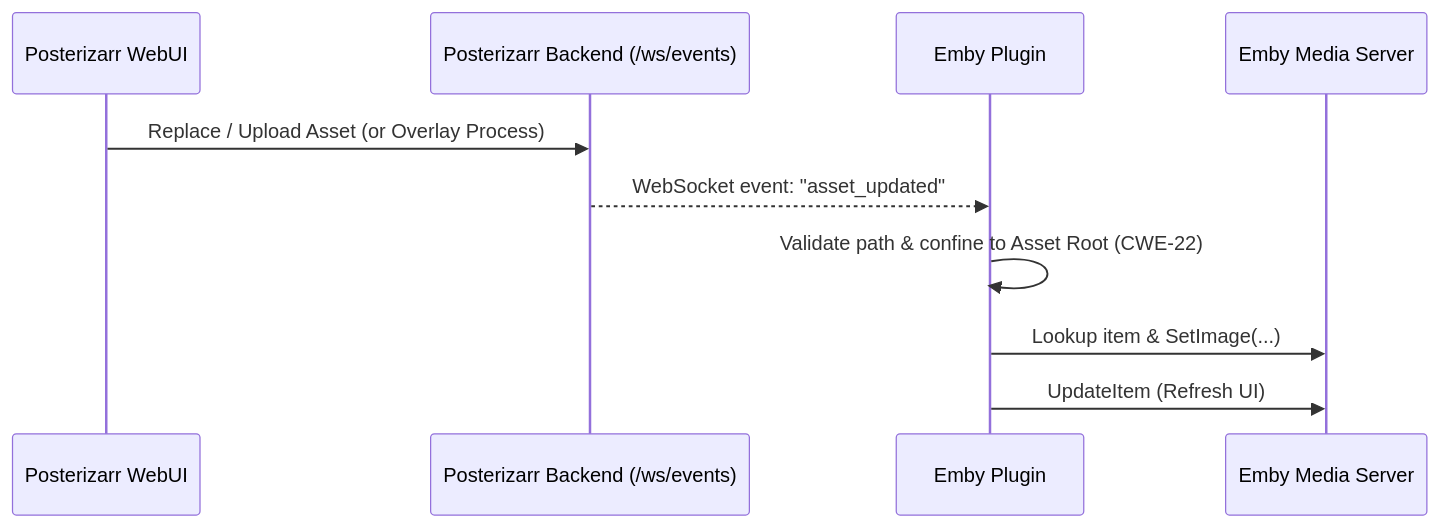
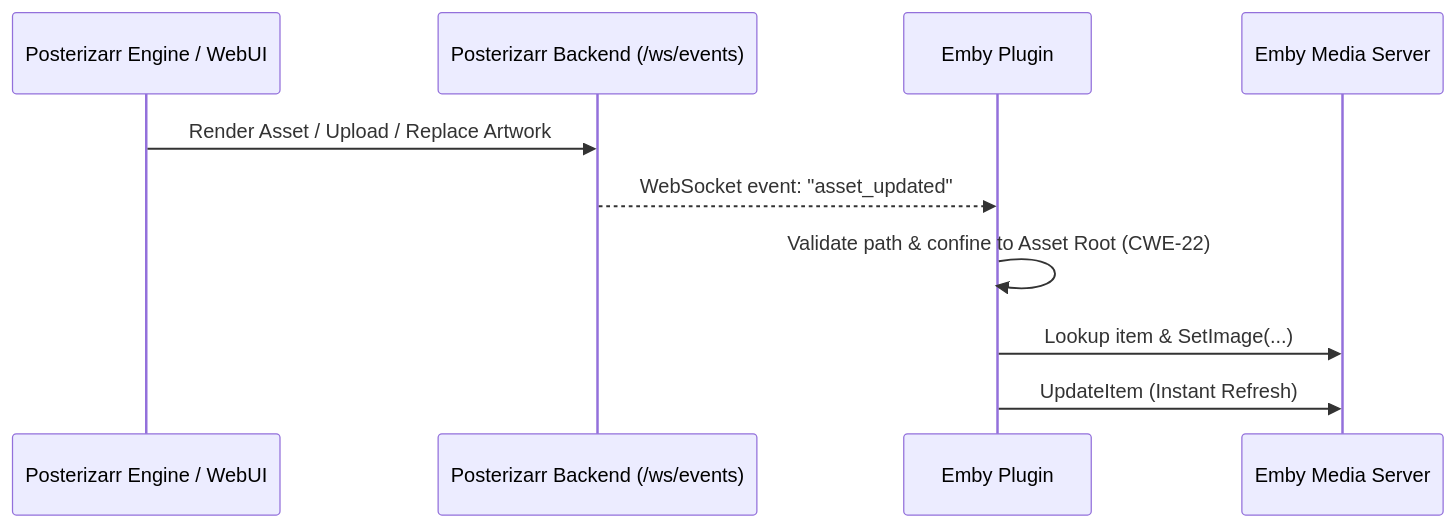
The diagram in docs/emby_plugin.md (JohnFawkes/Posterizarr), drawn with Mermaid before and after one commit. The commit also changed other lines of this file and 5 other files, not shown here.

````diff
--- a/docs/emby_plugin.md
+++ b/docs/emby_plugin.md
@@ -60,13 +60,13 @@
 ```mermaid
 sequenceDiagram
-    participant WebUI as Posterizarr WebUI
+    participant Engine as Posterizarr Engine / WebUI
     participant Backend as Posterizarr Backend (/ws/events)
     participant Plugin as Emby Plugin
     participant Emby as Emby Media Server
 
-    WebUI->>Backend: Replace / Upload Asset (or Overlay Process)
+    Engine->>Backend: Render Asset / Upload / Replace Artwork
     Backend-->>Plugin: WebSocket event: "asset_updated"
     Plugin->>Plugin: Validate path & confine to Asset Root (CWE-22)
     Plugin->>Emby: Lookup item & SetImage(...)
-    Plugin->>Emby: UpdateItem (Refresh UI)
+    Plugin->>Emby: UpdateItem (Instant Refresh)
 ```
````
